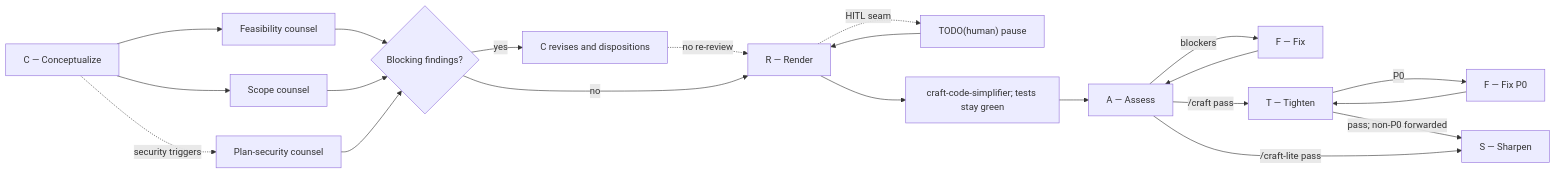
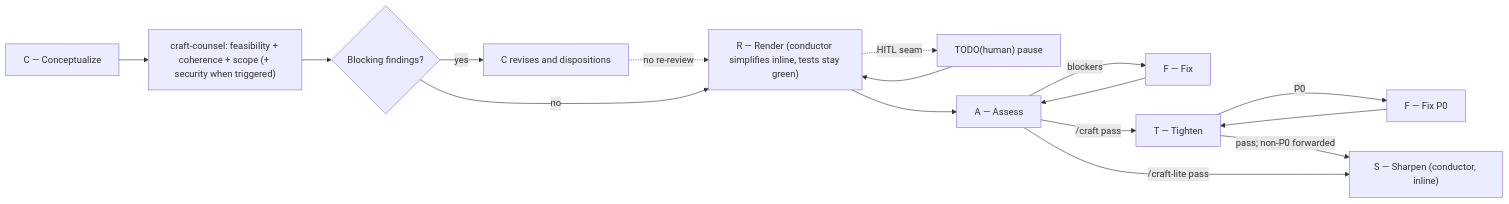
The first of 2 diagrams in README.md (kylerberry/craft-harness), drawn with Mermaid before and after one commit. The commit also changed other lines of this file and 12 other files, not shown here.

First line of the commit message:
collapse plan counsel to a single reviewer; fold simplify and Sharpen inline

````diff
--- a/README.md
+++ b/README.md
@@ -5,25 +5,20 @@
 ```mermaid
 flowchart LR
-    C["C — Conceptualize"] --> FEAS["Feasibility counsel"]
-    C --> SCOPE["Scope counsel"]
-    C -. "security triggers" .-> PLANSEC["Plan-security counsel"]
+    C["C — Conceptualize"] --> COUNSEL["craft-counsel: feasibility + coherence + scope (+ security when triggered)"]
 
-    FEAS --> GATE{"Blocking findings?"}
-    SCOPE --> GATE
-    PLANSEC --> GATE
+    COUNSEL --> GATE{"Blocking findings?"}
     GATE -- "yes" --> REVISE["C revises and dispositions"]
-    REVISE -. "no re-review" .-> R["R — Render"]
+    REVISE -. "no re-review" .-> R["R — Render (conductor simplifies inline, tests stay green)"]
     GATE -- "no" --> R
 
     R -. "HITL seam" .-> HUMAN["TODO(human) pause"]
     HUMAN --> R
-    R --> SIM["craft-code-simplifier; tests stay green"]
-    SIM --> A["A — Assess"]
+    R --> A["A — Assess"]
     A -- "blockers" --> FA["F — Fix"]
     FA --> A
     A -- "/craft pass" --> T["T — Tighten"]
     T -- "P0" --> FT["F — Fix P0"]
     FT --> T
-    T -- "pass; non-P0 forwarded" --> S["S — Sharpen"]
+    T -- "pass; non-P0 forwarded" --> S["S — Sharpen (conductor, inline)"]
     A -- "/craft-lite pass" --> S
 ```
````
